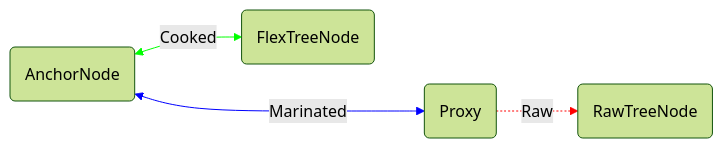
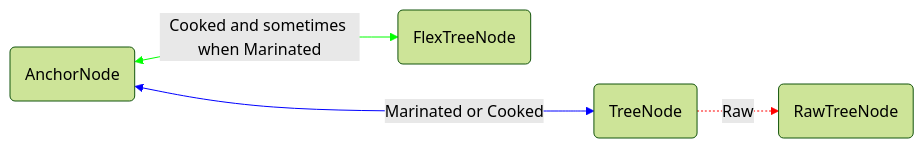
One commit to microsoft/FluidFramework changed the diagram in packages/dds/tree/src/simple-tree/ProxyBinding.md. Above: the diagram before and after it, drawn with Mermaid (forest theme). The commit also changed other lines of this file and 9 other files, not shown here.

Commit message:
Move logic from proxy binding to node kernel

````diff
--- a/packages/dds/tree/src/simple-tree/ProxyBinding.md
+++ b/packages/dds/tree/src/simple-tree/ProxyBinding.md
@@ -89,8 +89,8 @@
 ```mermaid
 graph LR;
-    AnchorNode(AnchorNode)<-->|Cooked|FlexTreeNode(FlexTreeNode)
-    AnchorNode<--->|Marinated|Proxy(Proxy)-.->|Raw|RawTreeNode(RawTreeNode)
+    AnchorNode(AnchorNode)<-->|Cooked and sometimes when Marinated|FlexTreeNode(FlexTreeNode)
+    AnchorNode<--->|Marinated or Cooked|TreeNode(TreeNode)-.->|Raw|RawTreeNode(RawTreeNode)
     linkStyle 0 stroke:#0f0
     linkStyle 1 stroke:#00f
     linkStyle 2 stroke:#f00
 ```
````
